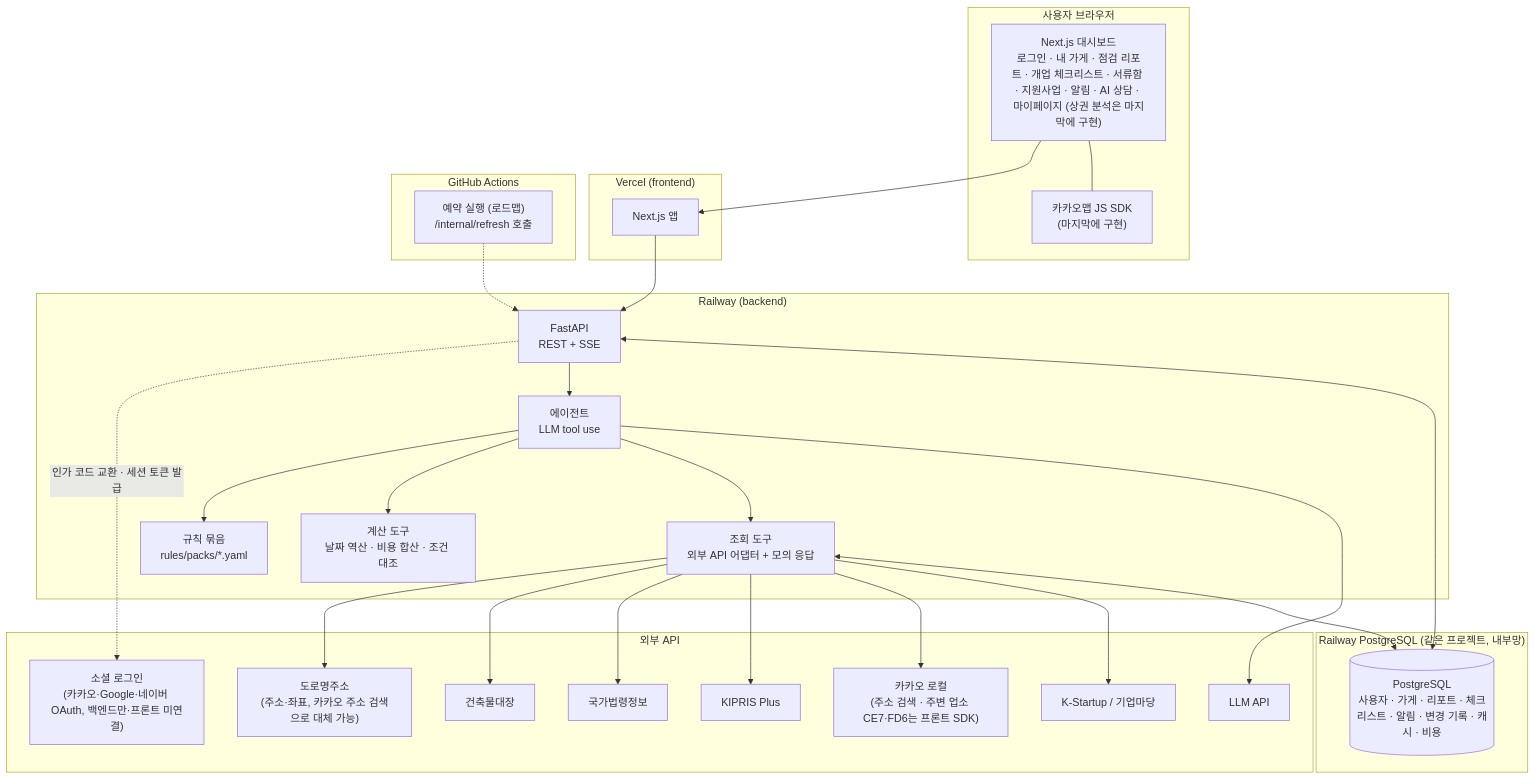
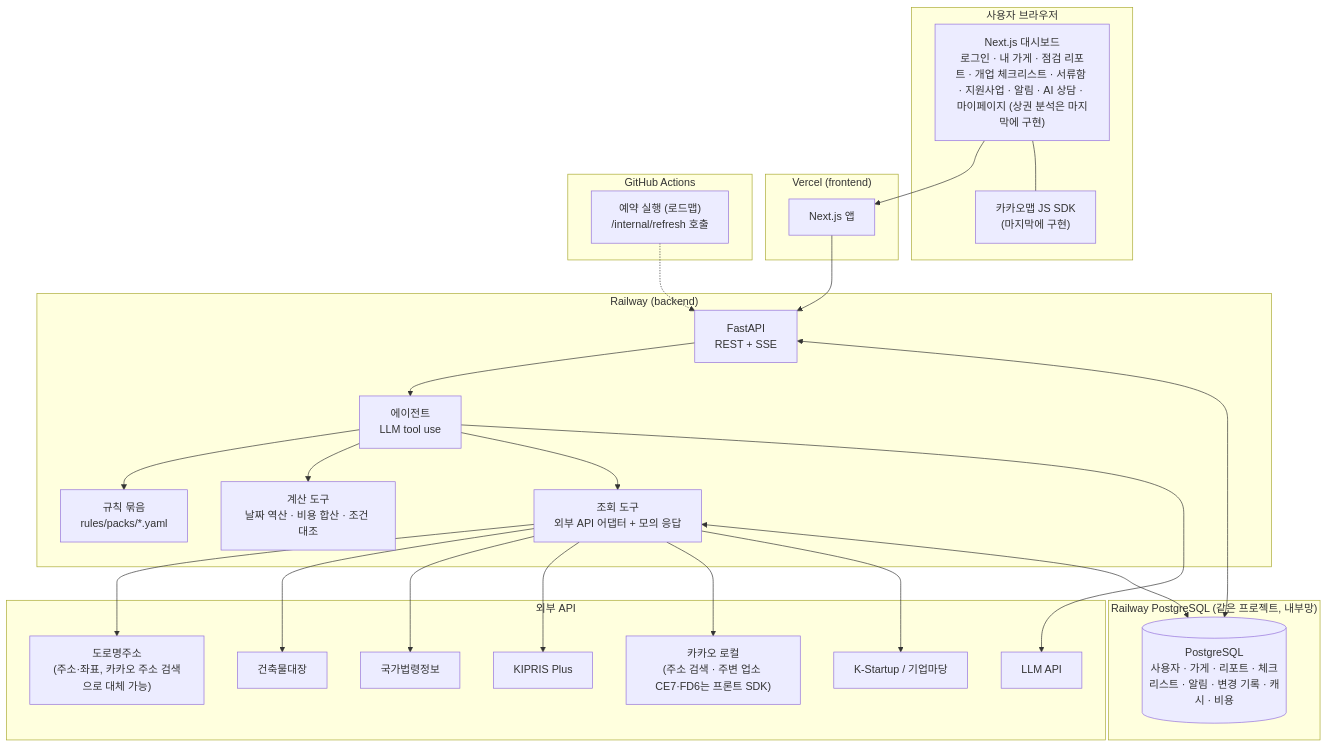
The first of 4 diagrams in docs/아키텍처_인프라.md (kimtaeg/Foundy), drawn with Mermaid before and after one commit. The commit also changed other lines of this file and 7 other files, not shown here.

````diff
--- a/docs/아키텍처_인프라.md
+++ b/docs/아키텍처_인프라.md
@@ -64,51 +64,49 @@
 ```mermaid
 flowchart TB
     subgraph Client["사용자 브라우저"]
         UI["Next.js 대시보드<br/>로그인 · 내 가게 · 점검 리포트 · 개업 체크리스트 · 서류함 · 지원사업 · 알림 · AI 상담 · 마이페이지 (상권 분석은 마지막에 구현)"]
         MAP["카카오맵 JS SDK<br/>(마지막에 구현)"]
     end
 
     subgraph Vercel["Vercel (frontend)"]
         FE["Next.js 앱"]
     end
 
     subgraph Railway["Railway (backend)"]
         API["FastAPI<br/>REST + SSE"]
         AG["에이전트<br/>LLM tool use"]
         RP["규칙 묶음<br/>rules/packs/*.yaml"]
         CT["계산 도구<br/>날짜 역산 · 비용 합산 · 조건 대조"]
         TL["조회 도구<br/>외부 API 어댑터 + 모의 응답"]
     end
 
     subgraph RailwayDB["Railway PostgreSQL (같은 프로젝트, 내부망)"]
         DB[("PostgreSQL<br/>사용자 · 가게 · 리포트 · 체크리스트 · 알림 · 변경 기록 · 캐시 · 비용")]
     end
 
     subgraph GH["GitHub Actions"]
         CRON["예약 실행 (로드맵)<br/>/internal/refresh 호출"]
     end
 
     subgraph Ext["외부 API"]
         J["도로명주소<br/>(주소·좌표, 카카오 주소 검색으로 대체 가능)"]
         B["건축물대장"]
         L["국가법령정보"]
         K["KIPRIS Plus"]
         KK["카카오 로컬<br/>(주소 검색 · 주변 업소 CE7·FD6는 프론트 SDK)"]
-        OA["소셜 로그인<br/>(카카오·Google·네이버 OAuth, 백엔드만·프론트 미연결)"]
         P["K-Startup / 기업마당"]
         LLM["LLM API"]
     end
 
     UI --> FE --> API
-    API -.->|"인가 코드 교환 · 세션 토큰 발급"| OA
     UI --- MAP
     API --> AG
     AG --> RP
     AG --> CT
     AG --> TL
     AG --> LLM
     TL --> J & B & L & K & KK & P
     API <--> DB
     TL <--> DB
     CRON -.-> API
 ```
````
